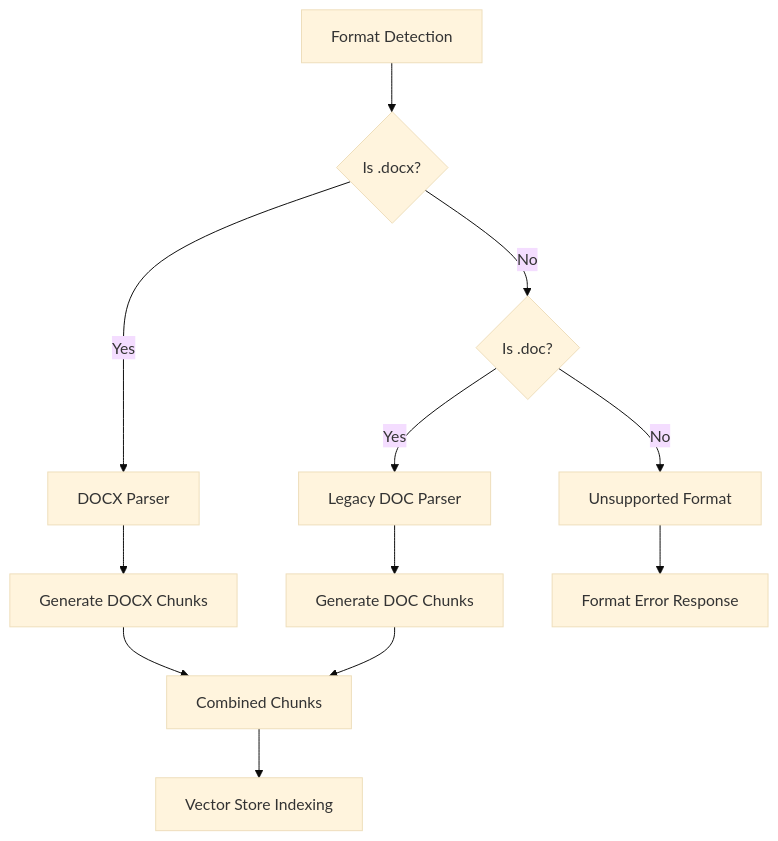
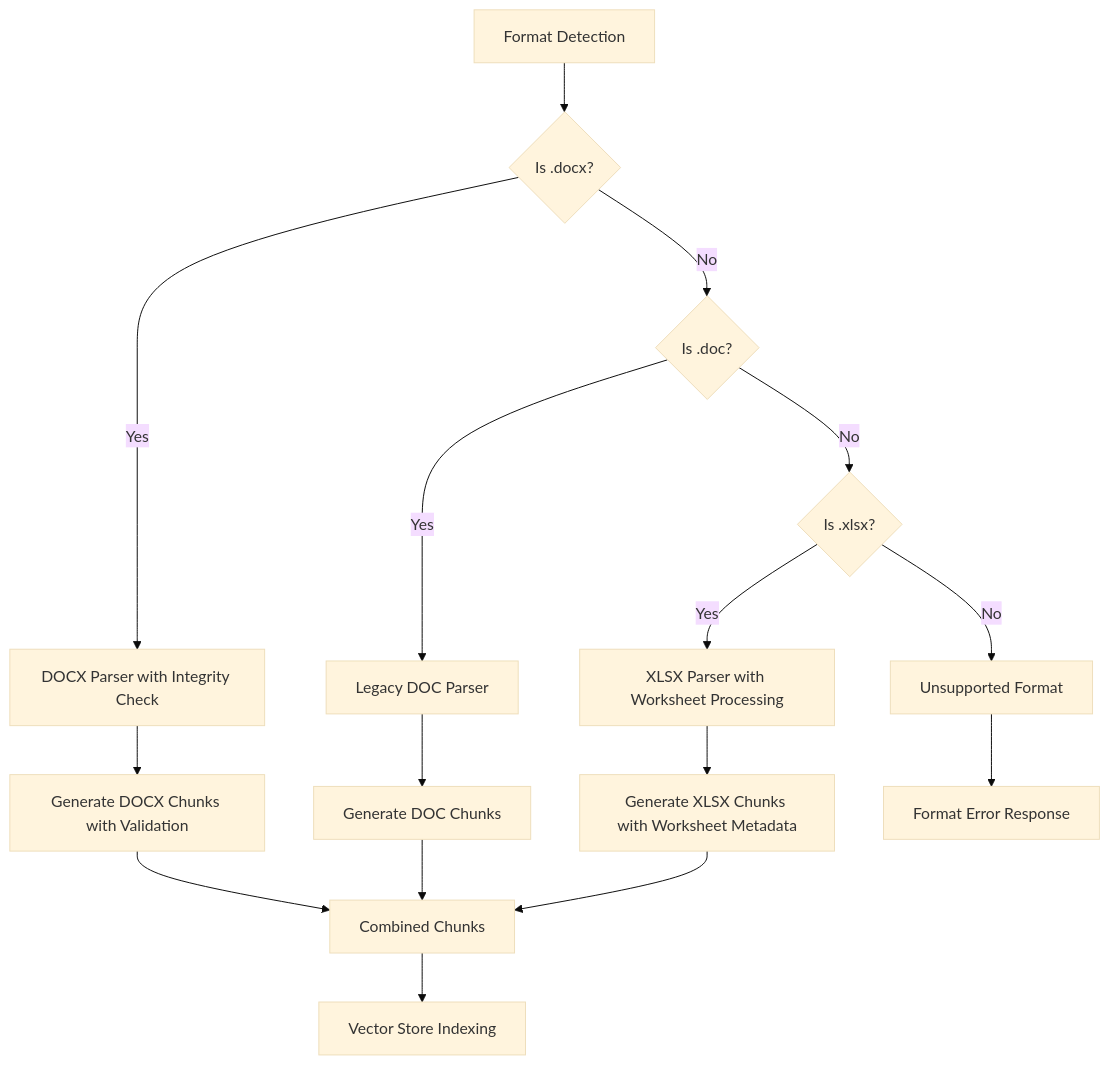
One commit to ognelis/cafetera_hr_bot changed the seventh of 26 diagrams in .qoder/repowiki/en/content/Document Management System.md. Above: the diagram before and after it, drawn with Mermaid (base theme). The commit also changed other lines of this file and 9 other files, not shown here.

````diff
--- a/.qoder/repowiki/en/content/Document Management System.md
+++ b/.qoder/repowiki/en/content/Document Management System.md
@@ -760,14 +768,18 @@
 ```mermaid
 flowchart TD
 FormatDetection[Format Detection] --> DocxCheck{Is .docx?}
-DocxCheck --> |Yes| DocxParser[DOCX Parser]
+DocxCheck --> |Yes| DocxParser[DOCX Parser with Integrity Check]
 DocxCheck --> |No| DocCheck{Is .doc?}
 DocCheck --> |Yes| DocParser[Legacy DOC Parser]
-DocCheck --> |No| Unsupported[Unsupported Format]
-DocxParser --> DocxChunks[Generate DOCX Chunks]
+DocCheck --> |No| XlsxCheck{Is .xlsx?}
+XlsxCheck --> |Yes| XlsxParser[XLSX Parser with Worksheet Processing]
+XlsxCheck --> |No| Unsupported[Unsupported Format]
+DocxParser --> DocxChunks[Generate DOCX Chunks with Validation]
 DocParser --> DocChunks[Generate DOC Chunks]
+XlsxParser --> XlsxChunks[Generate XLSX Chunks with Worksheet Metadata]
 DocxChunks --> CombinedChunks[Combined Chunks]
 DocChunks --> CombinedChunks
+XlsxChunks --> CombinedChunks
 CombinedChunks --> VectorStore[Vector Store Indexing]
 Unsupported --> Error[Format Error Response]
 ```
````
